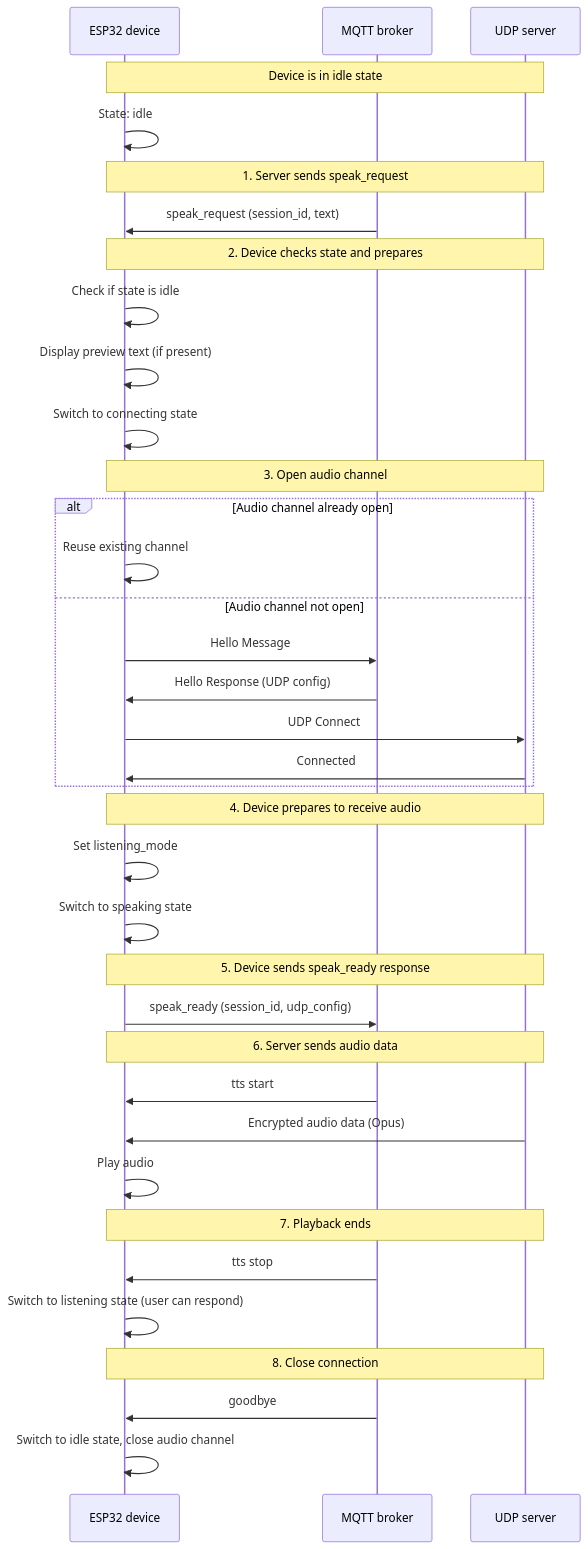
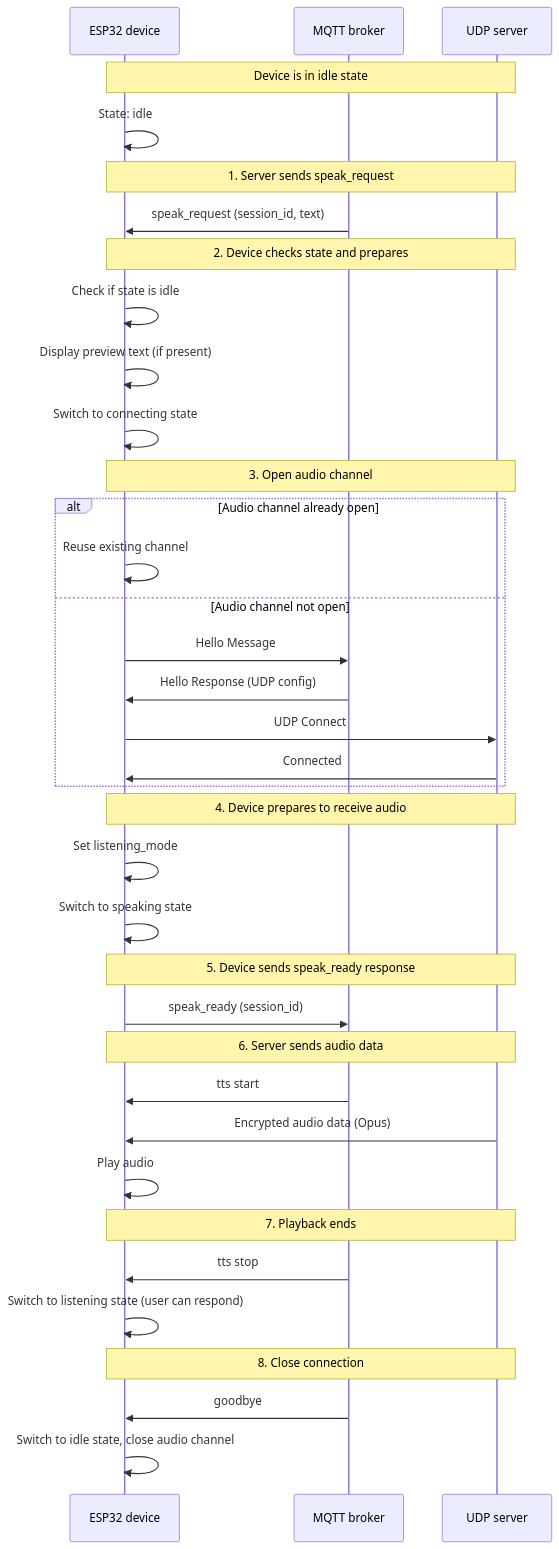
The second of 3 diagrams in docs/mqtt-udp.md (78/xiaozhi-esp32), drawn with Mermaid before and after one commit.

Commit message:
Potential fix for pull request finding

````diff
--- a/docs/mqtt-udp.md
+++ b/docs/mqtt-udp.md
@@ -64,47 +64,47 @@
 ```mermaid
 sequenceDiagram
     participant Device as ESP32 device
     participant MQTT as MQTT broker
     participant UDP as UDP server
 
     Note over Device, UDP: Device is in idle state
     Device->>Device: State: idle
 
     Note over Device, UDP: 1. Server sends speak_request
     MQTT->>Device: speak_request (session_id, text)
 
     Note over Device, UDP: 2. Device checks state and prepares
     Device->>Device: Check if state is idle
     Device->>Device: Display preview text (if present)
     Device->>Device: Switch to connecting state
 
     Note over Device, UDP: 3. Open audio channel
     alt Audio channel already open
         Device->>Device: Reuse existing channel
     else Audio channel not open
         Device->>MQTT: Hello Message
         MQTT->>Device: Hello Response (UDP config)
         Device->>UDP: UDP Connect
         UDP->>Device: Connected
     end
 
     Note over Device, UDP: 4. Device prepares to receive audio
     Device->>Device: Set listening_mode
     Device->>Device: Switch to speaking state
 
     Note over Device, UDP: 5. Device sends speak_ready response
-    Device->>MQTT: speak_ready (session_id, udp_config)
+    Device->>MQTT: speak_ready (session_id)
 
     Note over Device, UDP: 6. Server sends audio data
     MQTT->>Device: tts start
     UDP->>Device: Encrypted audio data (Opus)
     Device->>Device: Play audio
 
     Note over Device, UDP: 7. Playback ends
     MQTT->>Device: tts stop
     Device->>Device: Switch to listening state (user can respond)
 
     Note over Device, UDP: 8. Close connection
     MQTT->>Device: goodbye
     Device->>Device: Switch to idle state, close audio channel
 ```
````
